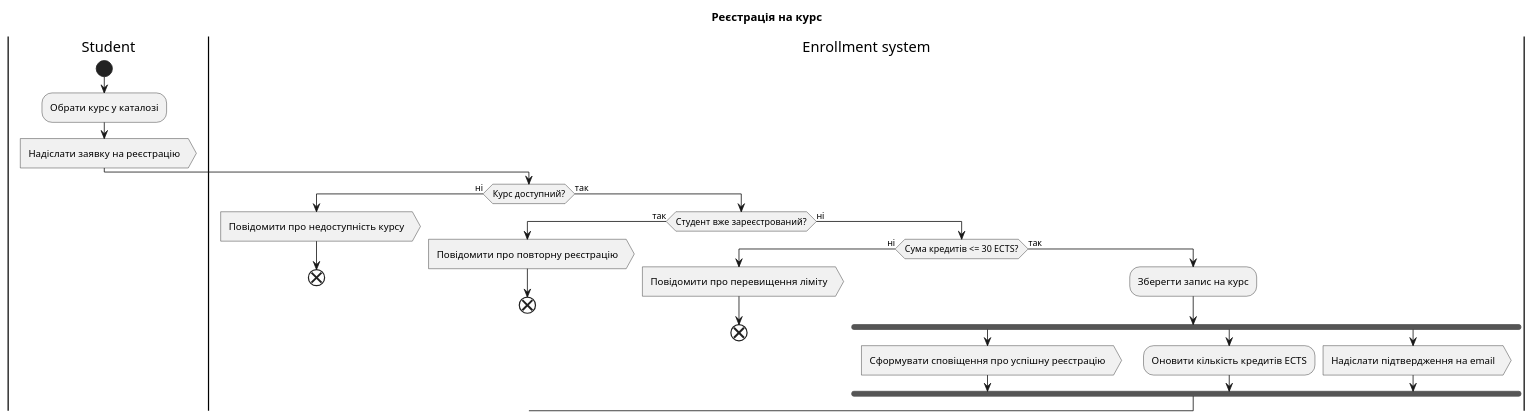
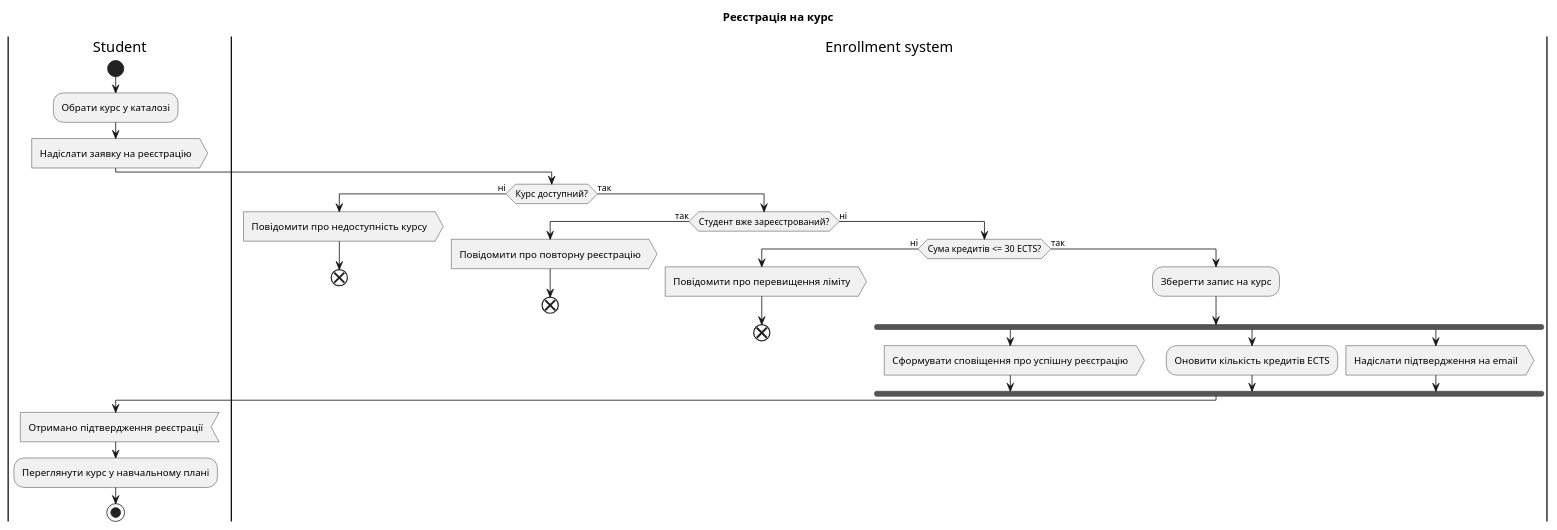
Before and after one commit to overdimension/KPI2-labs: the diagram in README.md, drawn with PlantUML.

Commit message:
Correct formatting in README.md
Fix formatting issues in the README file.

````diff
--- a/README.md
+++ b/README.md
@@ -1,34 +1,40 @@
 ```plantuml
 @startuml
 title Реєстрація на курс
 
 |Student|
 start
 :Обрати курс у каталозі;
 :Надіслати заявку на реєстрацію; <<output>>
 
 |Enrollment system|
 if (Курс доступний?) then (ні)
   :Повідомити про недоступність курсу; <<output>>
   end
 else (так)
   if (Студент вже зареєстрований?) then (так)
     :Повідомити про повторну реєстрацію; <<output>>
     end
   else (ні)
     if (Сума кредитів <= 30 ECTS?) then (ні)
       :Повідомити про перевищення ліміту; <<output>>
       end
     else (так)
       :Зберегти запис на курс;
       fork
         :Сформувати сповіщення про успішну реєстрацію; <<output>>
       fork again
         :Оновити кількість кредитів ECTS;
       fork again
         :Надіслати підтвердження на email; <<output>>
       end fork
     endif
   endif
 endif
+
+|Student|
+:Отримано підтвердження реєстрації; <<input>>
+:Переглянути курс у навчальному плані;
+stop
+@enduml
 ```
````
